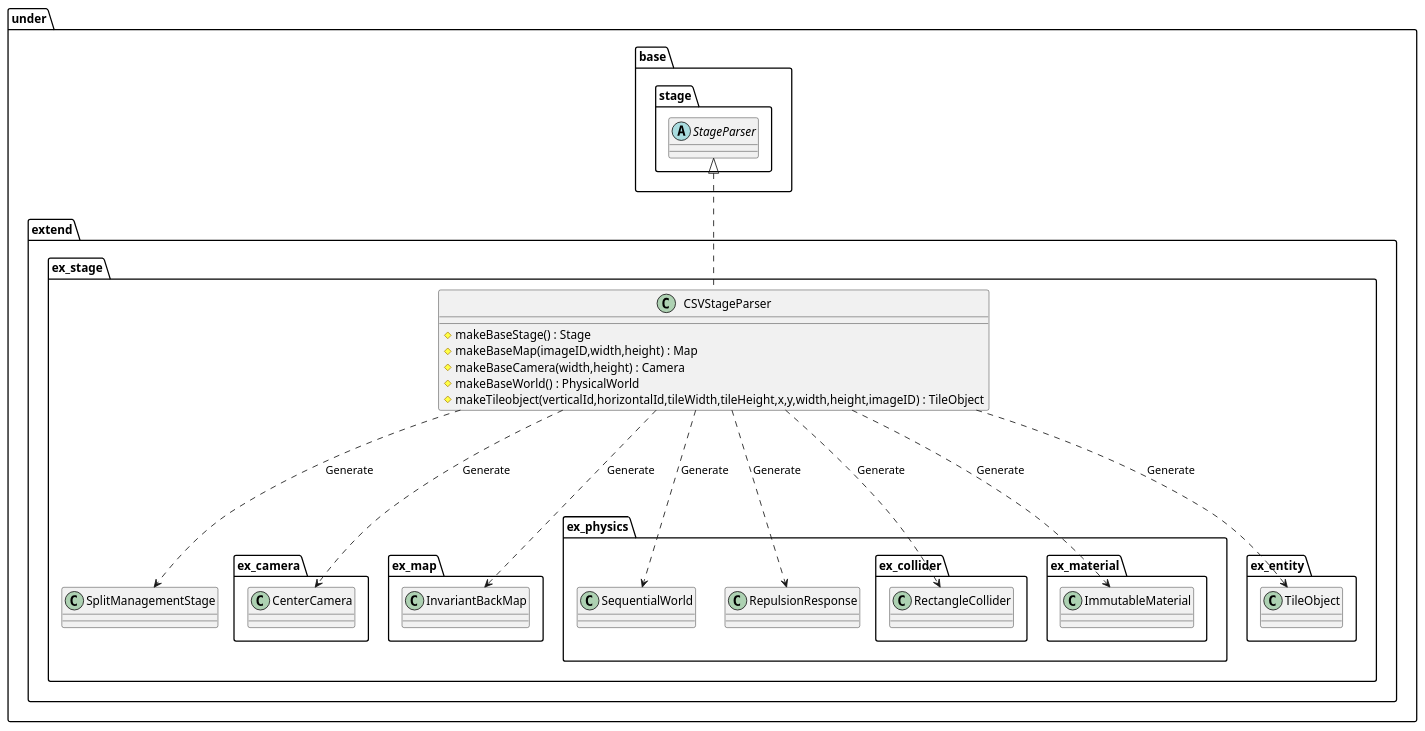
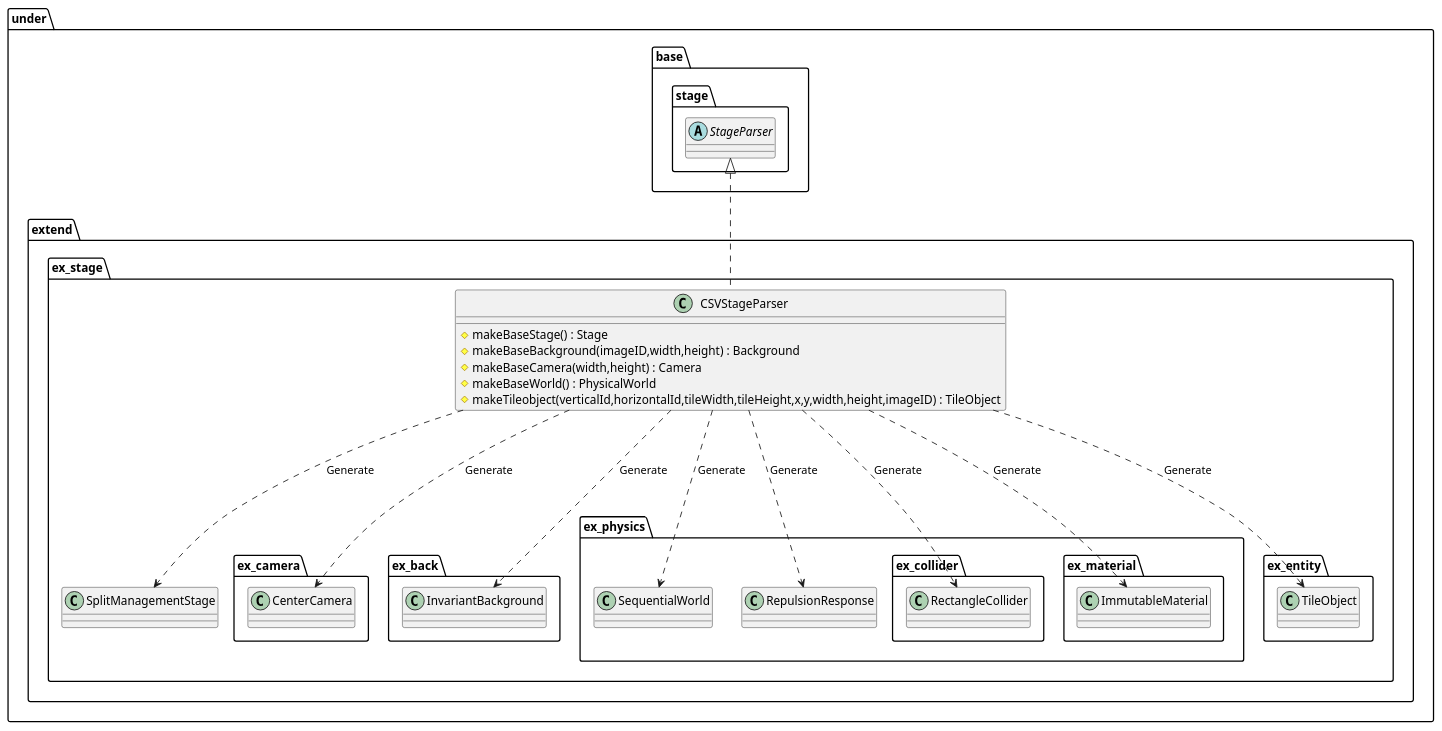
Before and after one commit to Expine/Under: the diagram in uml/parser/CSV.wsd, drawn with PlantUML. The commit also changed 44 other files, not shown here.

Commit message:
Fix prser and stage base, rename map to background

```diff
--- a/uml/parser/CSV.wsd
+++ b/uml/parser/CSV.wsd
@@ -1,60 +1,60 @@
 @startuml ParserCSV
 
 package under {
     package extend {
         package ex_stage {
             class CSVStageParser {
                 #makeBaseStage() : Stage
-                #makeBaseMap(imageID,width,height) : Map
+                #makeBaseBackground(imageID,width,height) : Background
                 #makeBaseCamera(width,height) : Camera
                 #makeBaseWorld() : PhysicalWorld
                 #makeTileobject(verticalId,horizontalId,tileWidth,tileHeight,x,y,width,height,imageID) : TileObject
             }
         }
     }
 }
 
 package under {
     package base {
         package stage {
             abstract StageParser
         }
     }
     package extend {
         package ex_stage {
             class SplitManagementStage
             package ex_camera {
                 class CenterCamera
             }
-            package ex_map {
-                class InvariantBackMap
+            package ex_back {
+                class InvariantBackground
             }
             package ex_physics {
                 class SequentialWorld
                 class RepulsionResponse
                 package ex_collider {
                     class RectangleCollider
                 }
                 package ex_material {
                     class ImmutableMaterial
                 }
             }
             package ex_entity {
                 class TileObject
             }
         }
     }
 }
 
 CSVStageParser ...> SplitManagementStage : Generate
 CSVStageParser ...> CenterCamera : Generate
-CSVStageParser ...> InvariantBackMap : Generate
+CSVStageParser ...> InvariantBackground : Generate
 CSVStageParser ...> SequentialWorld : Generate
 CSVStageParser ...> RepulsionResponse : Generate
 CSVStageParser ...> TileObject : Generate
 CSVStageParser ...> RectangleCollider : Generate
 CSVStageParser ...> ImmutableMaterial : Generate
 
 StageParser <|.. CSVStageParser
 
 @enduml
```
